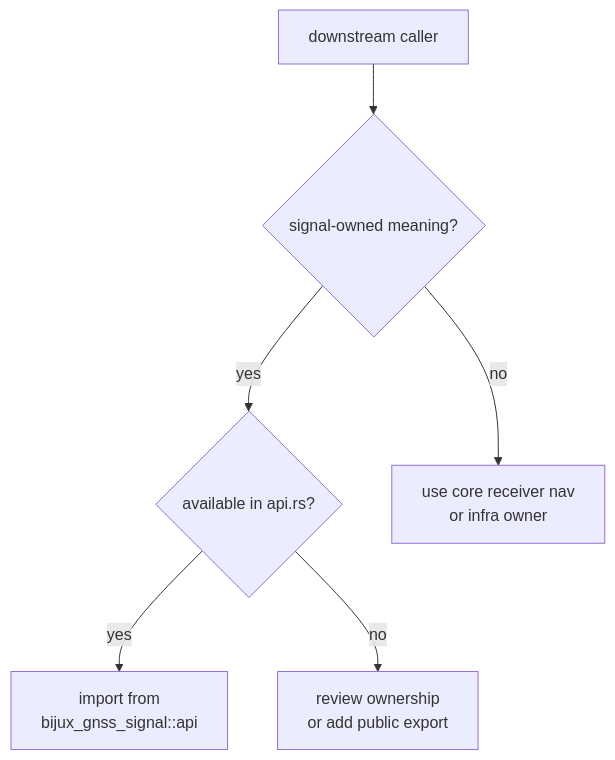
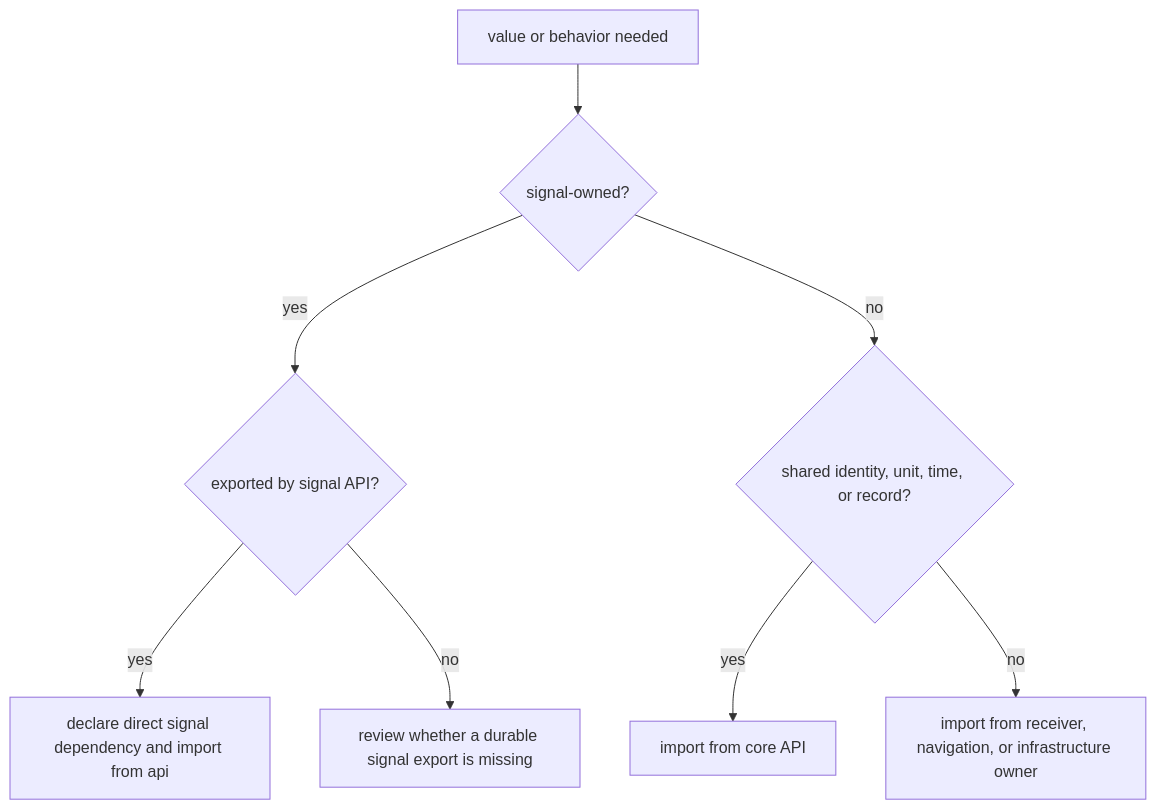
One commit to bijux/bijux-telecom changed the first of 3 diagrams in docs/06-bijux-gnss-signal/interfaces/public-imports.md. Above: the diagram before and after it, drawn with Mermaid. The commit also changed other lines of this file, not shown here.

Commit message:
docs(signal): clarify canonical consumer imports

````diff
--- a/docs/06-bijux-gnss-signal/interfaces/public-imports.md
+++ b/docs/06-bijux-gnss-signal/interfaces/public-imports.md
@@ -18,15 +19,19 @@
 ```mermaid
 flowchart TD
-    caller["downstream caller"]
-    need{"signal-owned meaning?"}
-    public{"available in api.rs?"}
-    import["import from<br/>bijux_gnss_signal::api"]
-    review["review ownership<br/>or add public export"]
-    other["use core receiver nav<br/>or infra owner"]
+    need["value or behavior needed"]
+    signal{"signal-owned?"}
+    api{"exported by signal API?"}
+    direct["declare direct signal dependency and import from api"]
+    review["review whether a durable signal export is missing"]
+    core{"shared identity, unit, time, or record?"}
+    core_api["import from core API"]
+    higher["import from receiver, navigation, or infrastructure owner"]
 
-    caller --> need
-    need -- no --> other
-    need -- yes --> public
-    public -- yes --> import
-    public -- no --> review
+    need --> signal
+    signal -- yes --> api
+    api -- yes --> direct
+    api -- no --> review
+    signal -- no --> core
+    core -- yes --> core_api
+    core -- no --> higher
 ```
````
